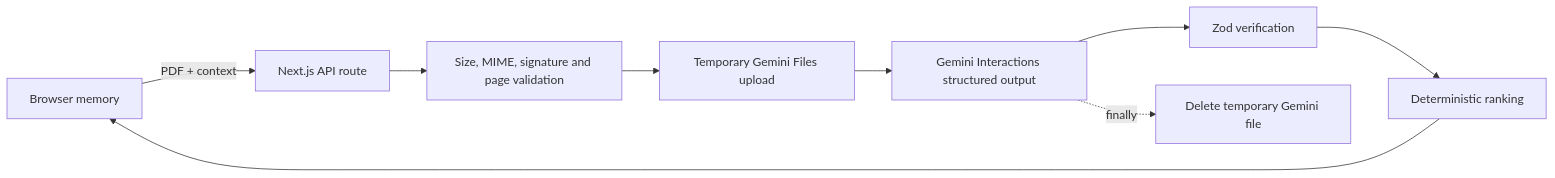
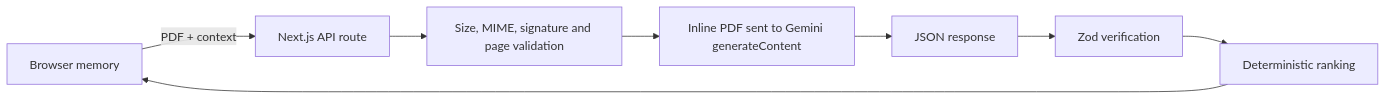
The diagram in README.md (Siddhant-Kumar-Rajput/Legal-Assist), drawn with Mermaid before and after one commit. The commit also changed other lines of this file and 2 other files, not shown here.

Commit message:
Send PDFs inline to Gemini

````diff
--- a/README.md
+++ b/README.md
@@ -35,11 +35,10 @@
 ```mermaid
 flowchart LR
     B[Browser memory] -->|PDF + context| A[Next.js API route]
     A --> V[Size, MIME, signature and page validation]
-    V --> G[Temporary Gemini Files upload]
-    G --> I[Gemini Interactions structured output]
+    V --> G[Inline PDF sent to Gemini generateContent]
+    G --> I[JSON response]
     I --> Z[Zod verification]
     Z --> R[Deterministic ranking]
     R --> B
-    I -. finally .-> D[Delete temporary Gemini file]
 ```
````
